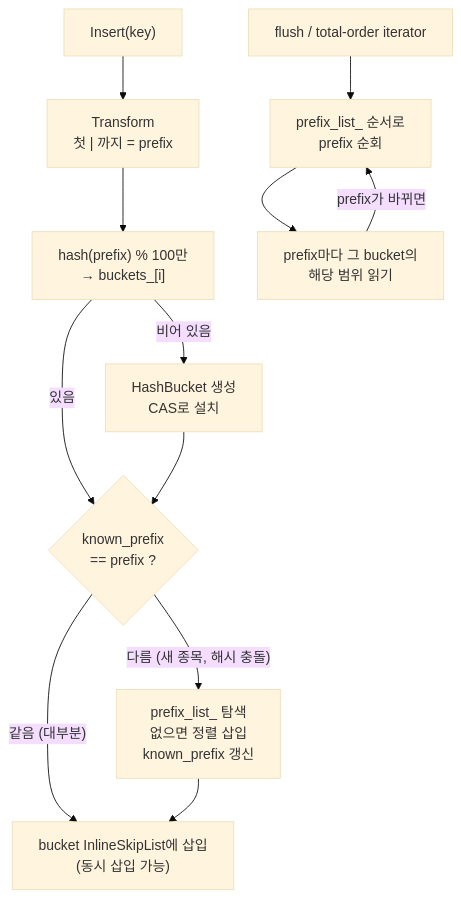
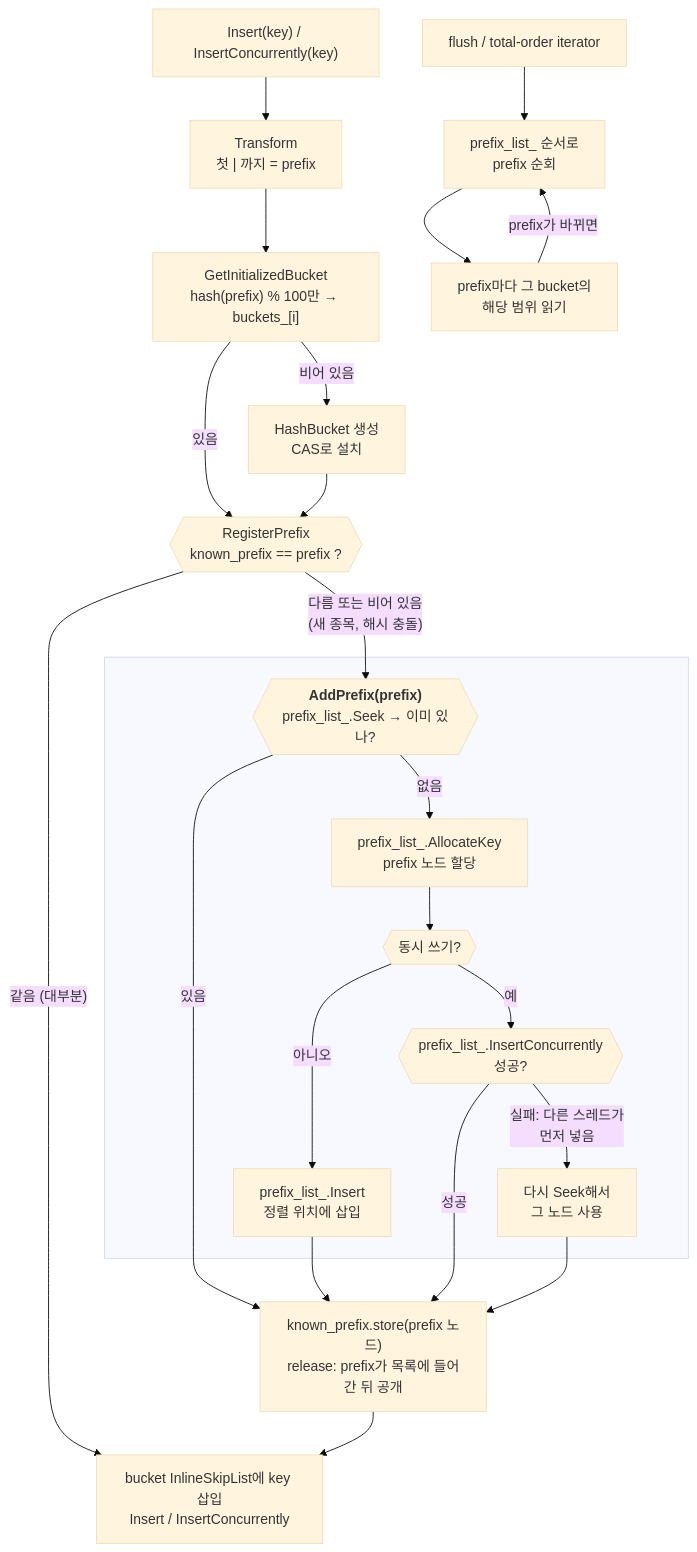
The diagram in docs/diagrams/head_insert_iterate.mmd (psmsq4/rocksdb_hash_demo), drawn with Mermaid (base theme) before and after one commit. The commit also changed 2 other files, not shown here.

Commit message:
fix: README.md HashSkipListRep (HEAD) 아키텍처 보강

```diff
--- a/docs/diagrams/head_insert_iterate.mmd
+++ b/docs/diagrams/head_insert_iterate.mmd
@@ -1,13 +1,27 @@
 flowchart TB
-  K["Insert(key)"] --> T["Transform<br/>첫 | 까지 = prefix"]
-  T --> HB["hash(prefix) % 100만<br/>→ buckets_[i]"]
+  K["Insert(key) / InsertConcurrently(key)"] --> T["Transform<br/>첫 | 까지 = prefix"]
+  T --> HB["GetInitializedBucket<br/>hash(prefix) % 100만 → buckets_[i]"]
   HB -->|"비어 있음"| NEW["HashBucket 생성<br/>CAS로 설치"]
-  HB -->|"있음"| KP{"known_prefix<br/>== prefix ?"}
+  HB -->|"있음"| KP{{"RegisterPrefix<br/>known_prefix == prefix ?"}}
   NEW --> KP
-  KP -->|"같음 (대부분)"| INS["bucket InlineSkipList에 삽입<br/>(동시 삽입 가능)"]
-  KP -->|"다름 (새 종목, 해시 충돌)"| AP["prefix_list_ 탐색<br/>없으면 정렬 삽입<br/>known_prefix 갱신"]
-  AP --> INS
+  KP -->|"같음 (대부분)"| INS
+  KP -->|"다름 또는 비어 있음<br/>(새 종목, 해시 충돌)"| A1
+
+  subgraph AP[" "]
+    A1{{"<b>AddPrefix(prefix)</b><br/>prefix_list_.Seek → 이미 있나?"}}
+    A1 -->|"없음"| A3["prefix_list_.AllocateKey<br/>prefix 노드 할당"]
+    A3 --> A4{{"동시 쓰기?"}}
+    A4 -->|"아니오"| A5["prefix_list_.Insert<br/>정렬 위치에 삽입"]
+    A4 -->|"예"| A6{{"prefix_list_.InsertConcurrently<br/>성공?"}}
+    A6 -->|"실패: 다른 스레드가<br/>먼저 넣음"| A7["다시 Seek해서<br/>그 노드 사용"]
+  end
+
+  A1 -->|"있음"| ST
+  A5 --> ST
+  A6 -->|"성공"| ST
+  A7 --> ST
+  ST["known_prefix.store(prefix 노드)<br/>release: prefix가 목록에 들어간 뒤 공개"] --> INS["bucket InlineSkipList에 key 삽입<br/>Insert / InsertConcurrently"]
 
   IT["flush / total-order iterator"] --> PL["prefix_list_ 순서로<br/>prefix 순회"]
   PL --> BK["prefix마다 그 bucket의<br/>해당 범위 읽기"]
   BK -->|"prefix가 바뀌면"| PL
```
